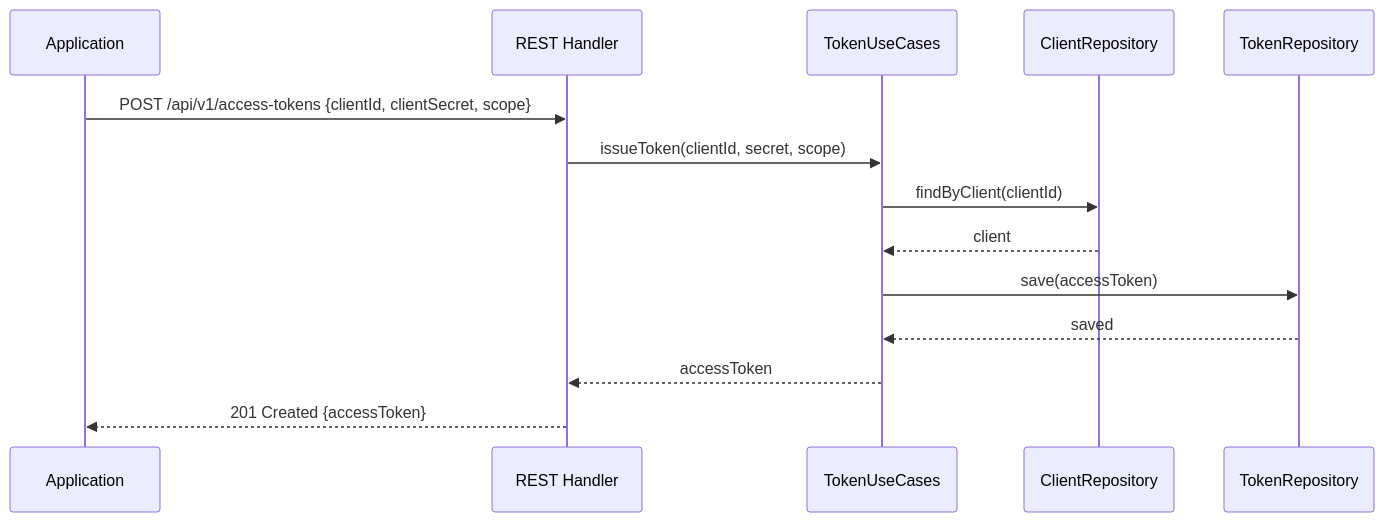
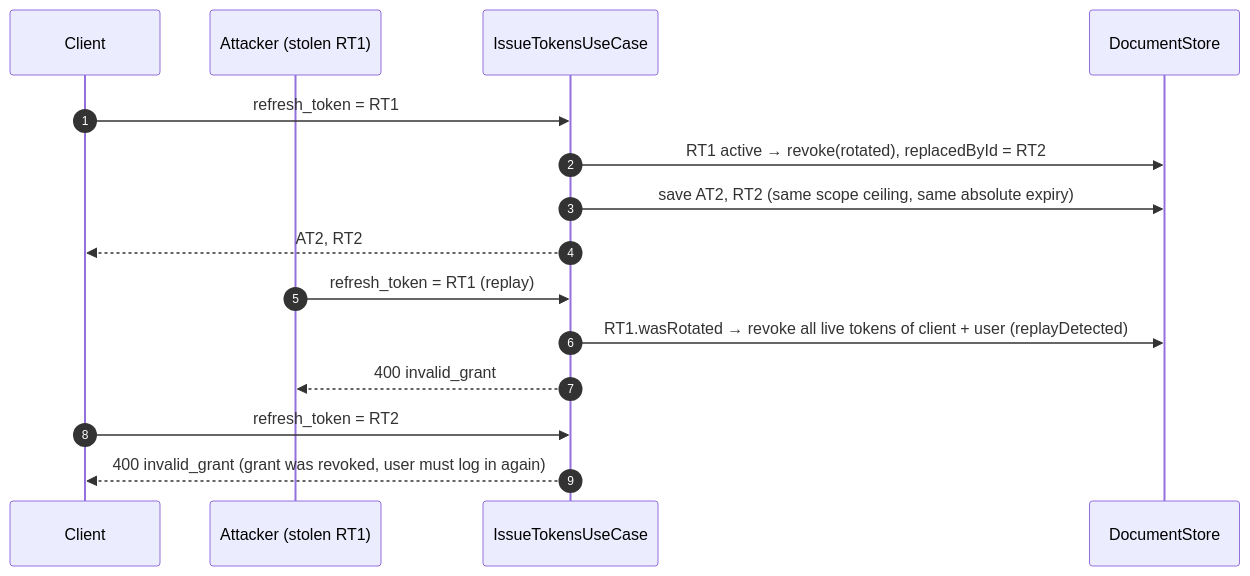
One commit to UIMSolutions/uim-platform changed the ninth of 11 diagrams in oauth/UML.md. Above: the diagram before and after it, drawn with Mermaid. The commit also changed other lines of this file and 80 other files, not shown here.

First line of the commit message:
Refactor OAuth 2.0 Service: Update UML documentation, add approuter configuration, and restructure Kubernetes deployment

````diff
--- a/oauth/UML.md
+++ b/oauth/UML.md
@@ -97,17 +507,18 @@
 ```mermaid
 sequenceDiagram
-    participant A as Application
-    participant R as REST Handler
-    participant UC as TokenUseCases
-    participant CR as ClientRepository
-    participant TR as TokenRepository
+  autonumber
+  participant C as Client
+  participant A as Attacker (stolen RT1)
+  participant IT as IssueTokensUseCase
+  participant DB as DocumentStore
 
-    A->>R: POST /api/v1/access-tokens {clientId, clientSecret, scope}
-    R->>UC: issueToken(clientId, secret, scope)
-    UC->>CR: findByClient(clientId)
-    CR-->>UC: client
-    UC->>TR: save(accessToken)
-    TR-->>UC: saved
-    UC-->>R: accessToken
-    R-->>A: 201 Created {accessToken}
+  C->>IT: refresh_token = RT1
+  IT->>DB: RT1 active → revoke(rotated), replacedById = RT2
+  IT->>DB: save AT2, RT2 (same scope ceiling, same absolute expiry)
+  IT-->>C: AT2, RT2
+  A->>IT: refresh_token = RT1 (replay)
+  IT->>DB: RT1.wasRotated → revoke all live tokens of client + user (replayDetected)
+  IT-->>A: 400 invalid_grant
+  C->>IT: refresh_token = RT2
+  IT-->>C: 400 invalid_grant (grant was revoked, user must log in again)
 ```
````
